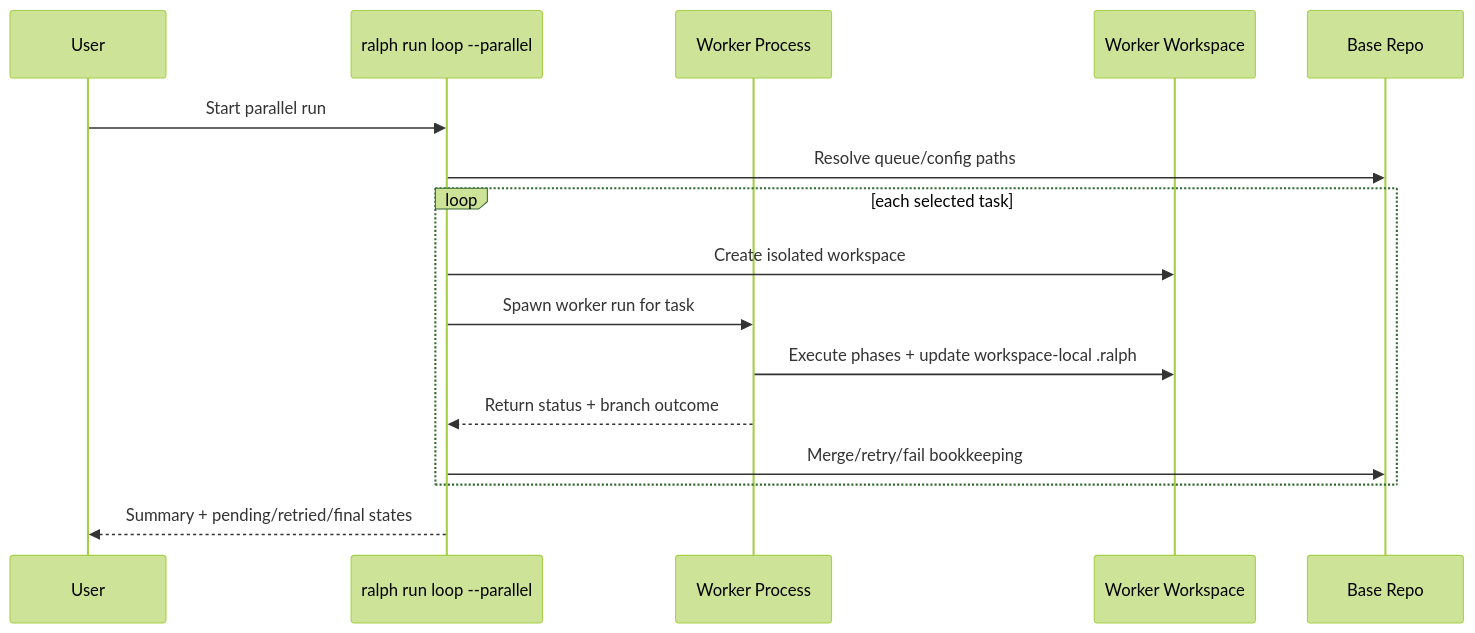
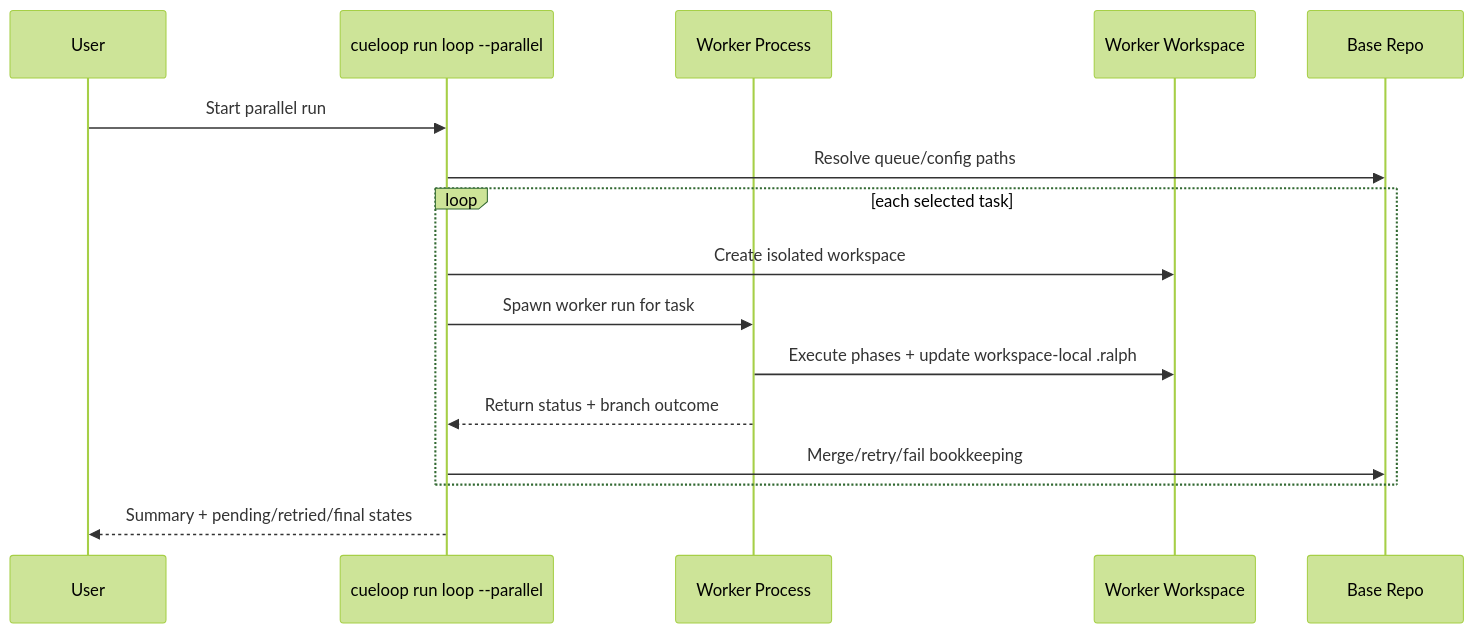
Before and after one commit to fitchmultz/cueloop: the first of 2 diagrams in docs/architecture.md, drawn with Mermaid (forest theme). The commit also changed other lines of this file and 78 other files, not shown here.

````diff
--- a/docs/architecture.md
+++ b/docs/architecture.md
@@ -92,19 +92,19 @@
 ```mermaid
 sequenceDiagram
   participant User
-  participant Coordinator as ralph run loop --parallel
+  participant Coordinator as cueloop run loop --parallel
   participant Worker as Worker Process
   participant Workspace as Worker Workspace
   participant Repo as Base Repo
 
   User->>Coordinator: Start parallel run
   Coordinator->>Repo: Resolve queue/config paths
   loop each selected task
     Coordinator->>Workspace: Create isolated workspace
     Coordinator->>Worker: Spawn worker run for task
     Worker->>Workspace: Execute phases + update workspace-local .ralph
     Worker-->>Coordinator: Return status + branch outcome
     Coordinator->>Repo: Merge/retry/fail bookkeeping
   end
   Coordinator-->>User: Summary + pending/retried/final states
 ```
````
